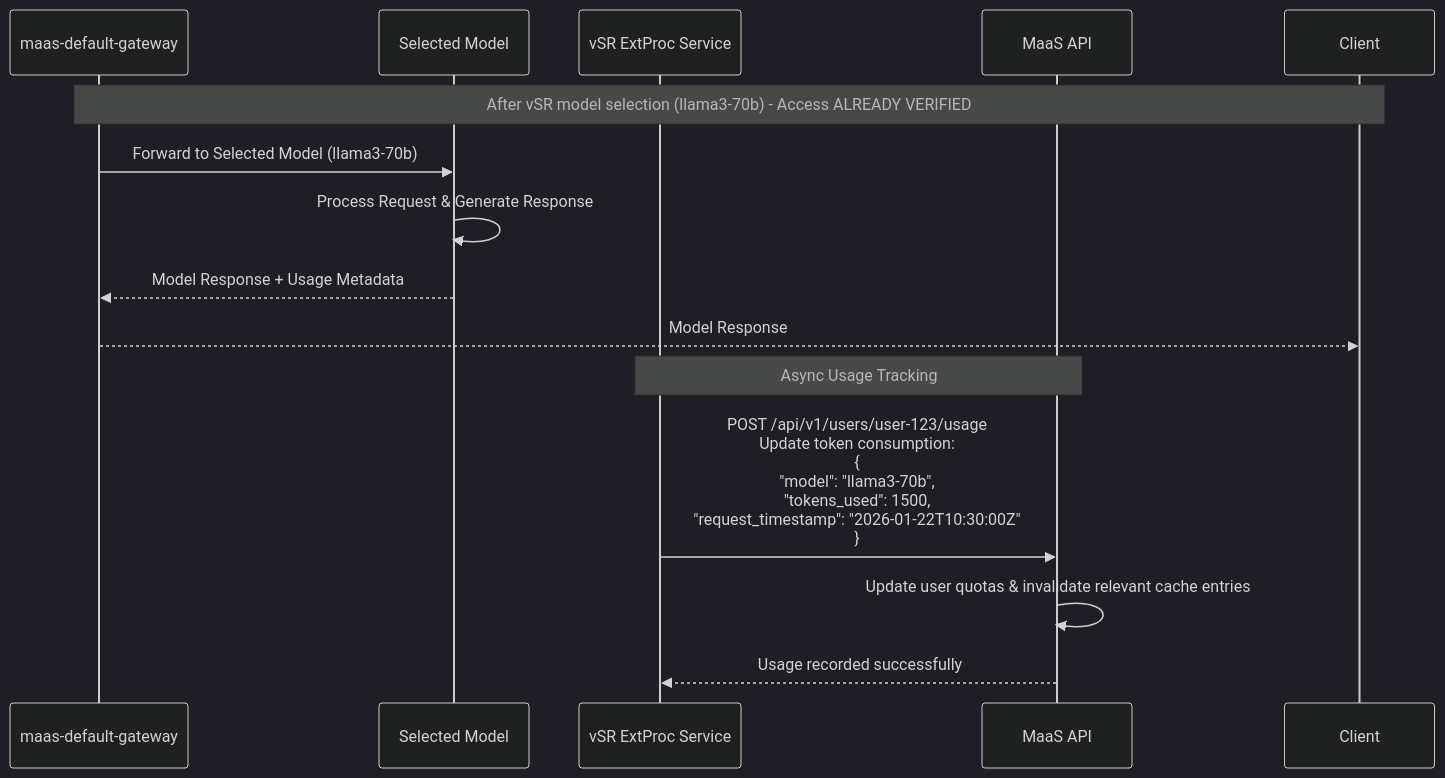
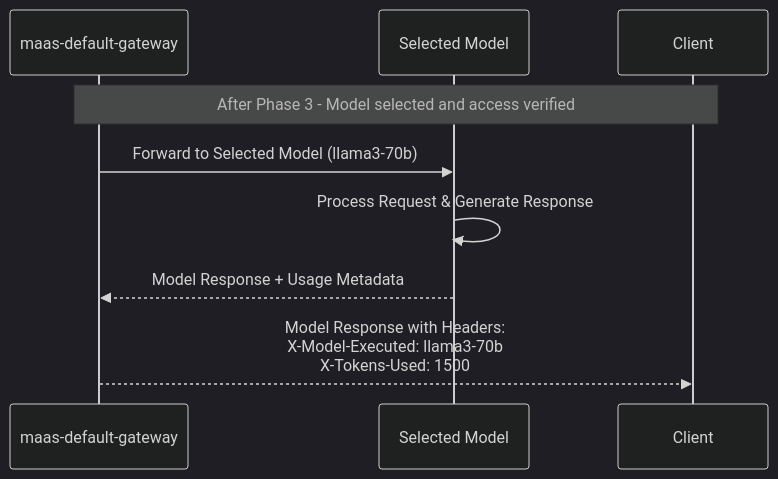
The eighth of 10 diagrams in docs/designs/vSR-Integration/README.md (noyitz/maas-billing), drawn with Mermaid (dark theme) before and after one commit. The commit also changed other lines of this file, not shown here.

````diff
--- a/docs/designs/vSR-Integration/README.md
+++ b/docs/designs/vSR-Integration/README.md
@@ -331,19 +366,12 @@
 ```mermaid
 sequenceDiagram
     participant Gateway as maas-default-gateway
     participant KServe as Selected Model
-    participant vSR as vSR ExtProc Service
-    participant MaaSAPI as MaaS API
     participant Client
     
-    Note over Gateway,Client: After vSR model selection (llama3-70b) - Access ALREADY VERIFIED
+    Note over Gateway,Client: After Phase 3 - Model selected and access verified
     Gateway->>KServe: Forward to Selected Model (llama3-70b)
     KServe->>KServe: Process Request & Generate Response
     KServe-->>Gateway: Model Response + Usage Metadata
-    Gateway-->>Client: Model Response
-    
-    Note over vSR,MaaSAPI: Async Usage Tracking
-    vSR->>MaaSAPI: POST /api/v1/users/user-123/usage<br/>Update token consumption:<br/>{<br/>"model": "llama3-70b",<br/>"tokens_used": 1500,<br/>"request_timestamp": "2026-01-22T10:30:00Z"<br/>}
-    MaaSAPI->>MaaSAPI: Update user quotas & invalidate relevant cache entries
-    MaaSAPI-->>vSR: Usage recorded successfully
+    Gateway-->>Client: Model Response with Headers:<br/>X-Model-Executed: llama3-70b<br/>X-Tokens-Used: 1500
 ```
````
